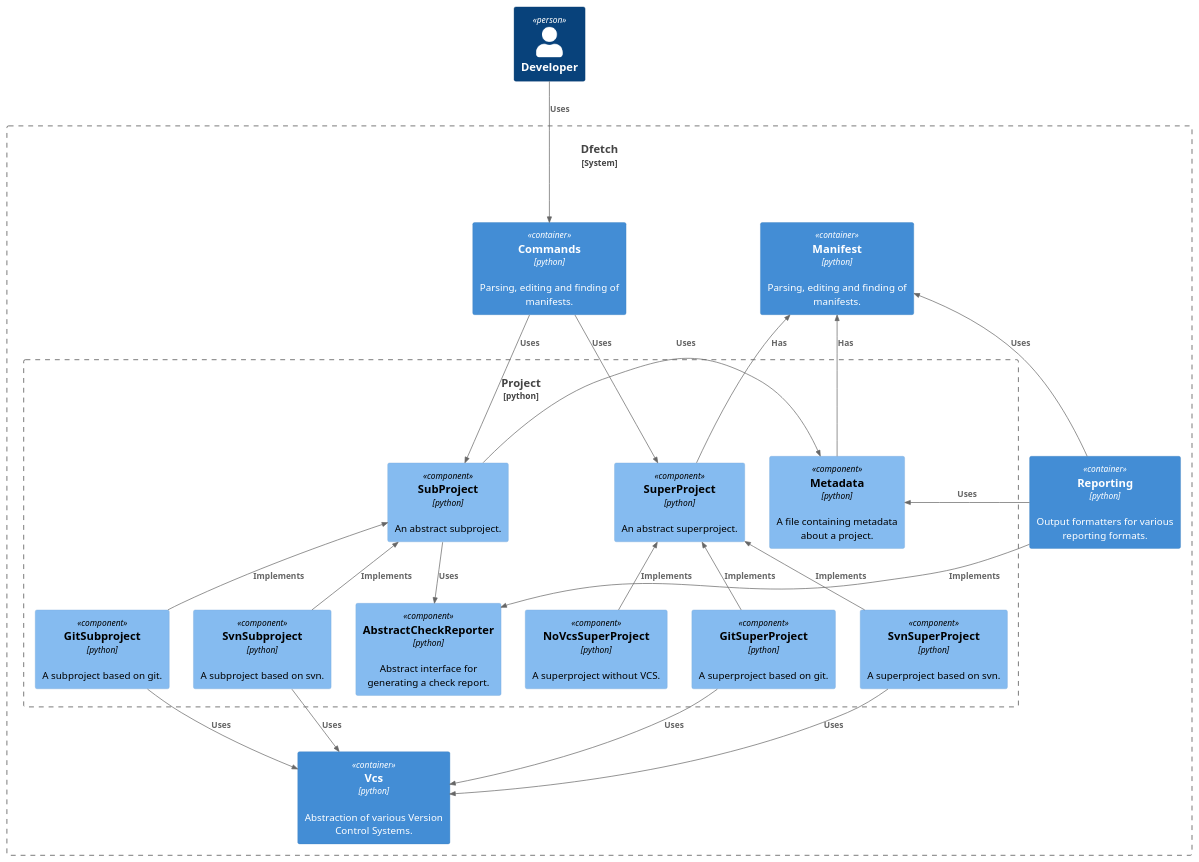
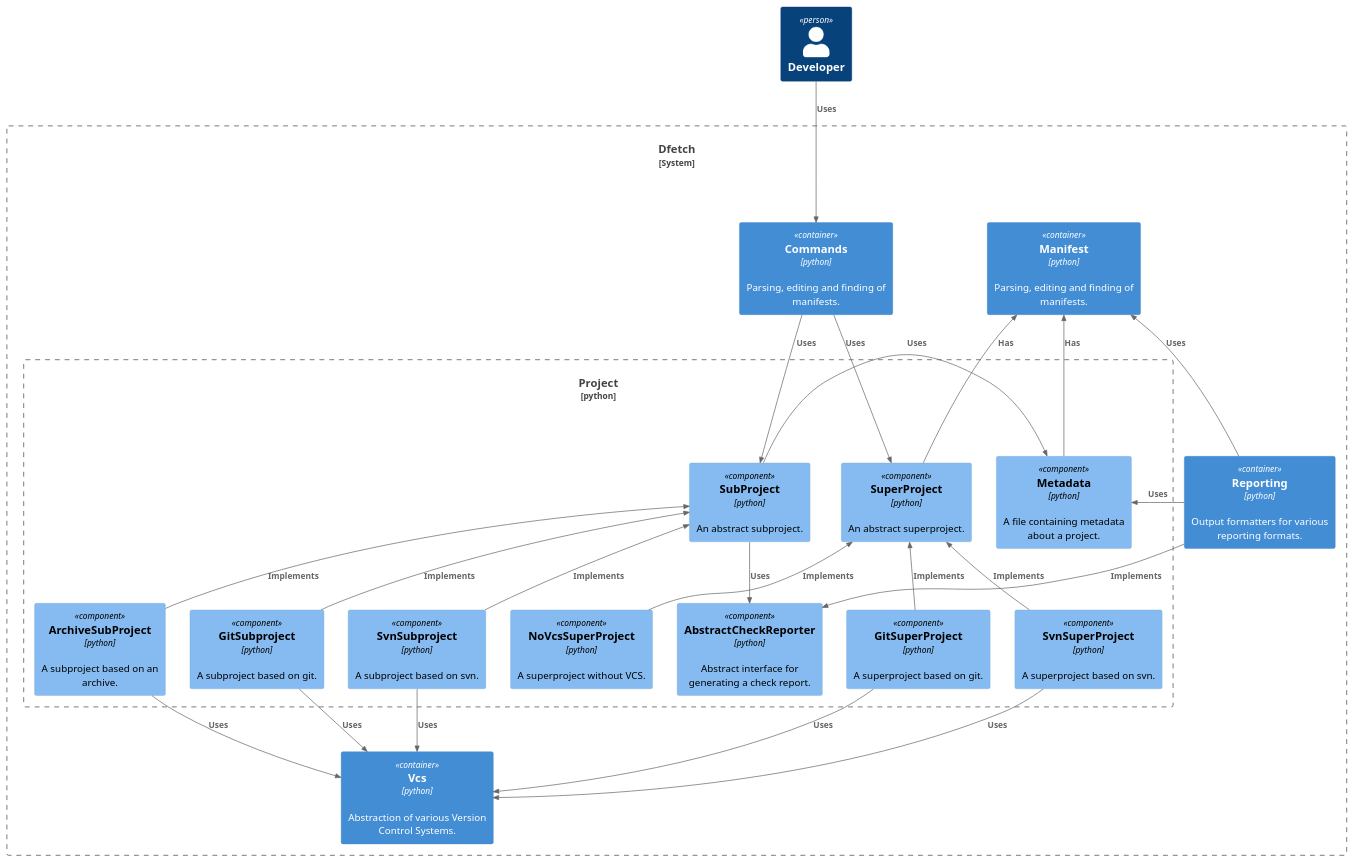
Before and after one commit to dfetch-org/dfetch: the diagram in doc/static/uml/c3_dfetch_components_project.puml, drawn with PlantUML. The commit also changed 2 other files, not shown here.

Commit message:
Update C4 diagrams to match current codebase
- Commands C3: add missing Add and Remove components with their Manifest/Project relationships
- Manifest C3: rename Validate→Schema (file is schema.py) and add Parse component (parse.py)
- Project C3: add missing ArchiveSubProject component with its VCS relationship

https://claude.ai/code/session_0177mNSCND9qFDXRuGo7xNQG

```diff
--- a/doc/static/uml/c3_dfetch_components_project.puml
+++ b/doc/static/uml/c3_dfetch_components_project.puml
@@ -1,52 +1,55 @@
 @startuml
 
 !include https://raw.githubusercontent.com/plantuml-stdlib/C4-PlantUML/master/C4_Component.puml
 
 Person(user, "Developer")
 
 System_Boundary(DFetch, "Dfetch") {
 
     Container(contCommands, "Commands", "python", "Parsing, editing and finding of manifests.")
 
     Container(contManifest, "Manifest", "python", "Parsing, editing and finding of manifests.")
     Boundary(DfetchProject, "Project", "python", "Main project that has a manifest.") {
 
         Component(compAbstractCheckReporter, "AbstractCheckReporter", "python", "Abstract interface for generating a check report.")
+        Component(compArchiveSub, "ArchiveSubProject", "python", "A subproject based on an archive.")
         Component(compGitSub, "GitSubproject", "python", "A subproject based on git.")
         Component(compMetadata, "Metadata", "python", "A file containing metadata about a project.")
         Component(compSvnSub, "SvnSubproject", "python", "A subproject based on svn.")
         Component(compSubProject, "SubProject", "python", "An abstract subproject.")
         Component(compSuperProject, "SuperProject", "python", "An abstract superproject.")
         Component(compGitSuper, "GitSuperProject", "python", "A superproject based on git.")
         Component(compSvnSuper, "SvnSuperProject", "python", "A superproject based on svn.")
         Component(compNoVcsSuper, "NoVcsSuperProject", "python", "A superproject without VCS.")
 
+        Rel_U(compArchiveSub, compSubProject, "Implements")
         Rel_U(compGitSub, compSubProject, "Implements")
         Rel_U(compSvnSub, compSubProject, "Implements")
         Rel(compSubProject, compAbstractCheckReporter, "Uses")
         Rel_L(compSubProject, compMetadata, "Uses")
 
         Rel_U(compGitSuper, compSuperProject, "Implements")
         Rel_U(compSvnSuper, compSuperProject, "Implements")
         Rel_U(compNoVcsSuper, compSuperProject, "Implements")
     }
 
     Container(contVcs, "Vcs", "python", "Abstraction of various Version Control Systems.")
     Container(contReporting, "Reporting", "python", "Output formatters for various reporting formats.")
 
     Rel(contCommands, compSuperProject, "Uses")
     Rel(contCommands, compSubProject, "Uses")
     Rel(contReporting, compAbstractCheckReporter, "Implements")
     Rel_R(contReporting, compMetadata, "Uses")
     Rel_U(compMetadata, contManifest, "Has")
     Rel(compSuperProject, contManifest, "Has")
     Rel_U(contReporting, contManifest, "Uses")
+    Rel(compArchiveSub, contVcs, "Uses")
     Rel(compGitSub, contVcs, "Uses")
     Rel(compSvnSub, contVcs, "Uses")
     Rel(compGitSuper, contVcs, "Uses")
     Rel(compSvnSuper, contVcs, "Uses")
 }
 
 Rel(user, contCommands, "Uses")
 
 @enduml
```
